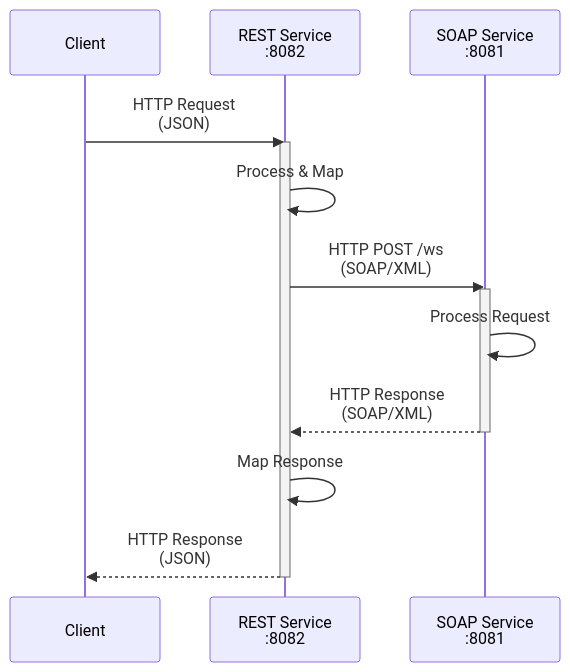
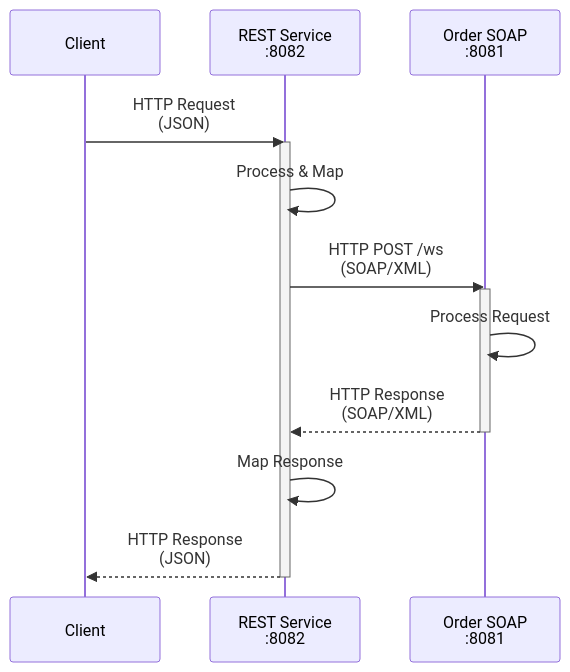
Before and after one commit to thuongtlh/soap-demo: the second of 5 diagrams in docs/deployment-architecture.md, drawn with Mermaid. The commit also changed other lines of this file and 4 other files, not shown here.

Commit message:
Update docs folder to include new services (inventory-soap-service and rest-service-gateway)

````diff
--- a/docs/deployment-architecture.md
+++ b/docs/deployment-architecture.md
@@ -133,24 +249,24 @@
 ```mermaid
 sequenceDiagram
     participant Client
     participant REST as REST Service<br/>:8082
-    participant SOAP as SOAP Service<br/>:8081
+    participant SOAP as Order SOAP<br/>:8081
     
     Client->>REST: HTTP Request<br/>(JSON)
     activate REST
     
     REST->>REST: Process & Map
     
     REST->>SOAP: HTTP POST /ws<br/>(SOAP/XML)
     activate SOAP
     
     SOAP->>SOAP: Process Request
     
     SOAP-->>REST: HTTP Response<br/>(SOAP/XML)
     deactivate SOAP
     
     REST->>REST: Map Response
     
     REST-->>Client: HTTP Response<br/>(JSON)
     deactivate REST
 ```
````
